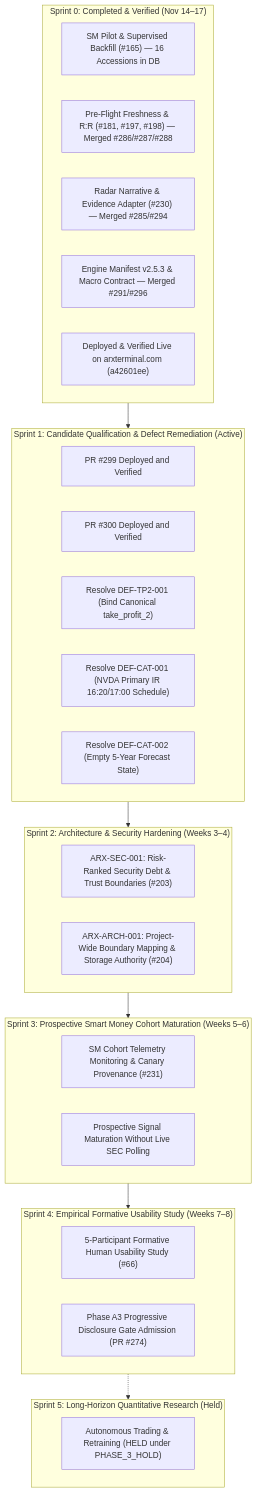
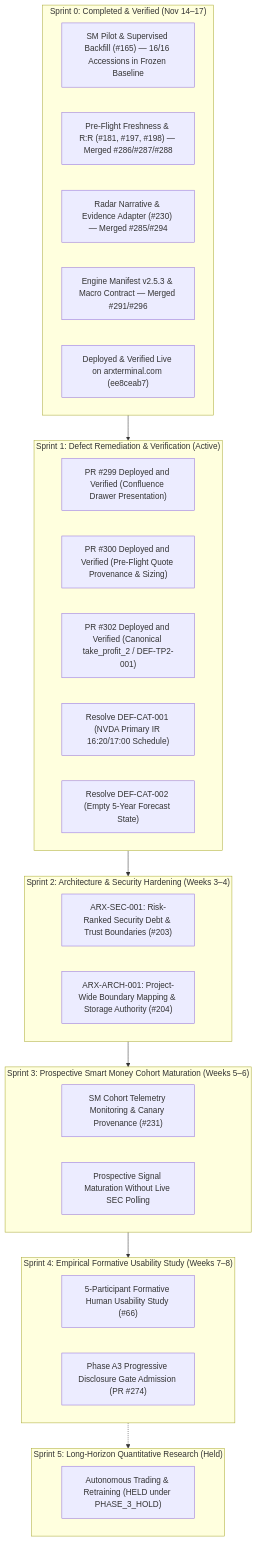
The diagram in docs/planning/ARX_CANONICAL_SPRINT_ROADMAP_2026_11_17.md (daakara/finance), drawn with Mermaid before and after one commit. The commit also changed other lines of this file and 17 other files, not shown here.

````diff
--- a/docs/planning/ARX_CANONICAL_SPRINT_ROADMAP_2026_11_17.md
+++ b/docs/planning/ARX_CANONICAL_SPRINT_ROADMAP_2026_11_17.md
@@ -78,39 +78,39 @@
 ```mermaid
 flowchart TD
     subgraph S0["Sprint 0: Completed & Verified (Nov 14–17)"]
-        S0_1["SM Pilot & Supervised Backfill (#165) — 16 Accessions in DB"]
+        S0_1["SM Pilot & Supervised Backfill (#165) — 16/16 Accessions in Frozen Baseline"]
         S0_2["Pre-Flight Freshness & R:R (#181, #197, #198) — Merged #286/#287/#288"]
         S0_3["Radar Narrative & Evidence Adapter (#230) — Merged #285/#294"]
         S0_4["Engine Manifest v2.5.3 & Macro Contract — Merged #291/#296"]
-        S0_5["Deployed & Verified Live on arxterminal.com (a42601ee)"]
+        S0_5["Deployed & Verified Live on arxterminal.com (ee8ceab7)"]
     end
 
-    subgraph S1["Sprint 1: Candidate Qualification & Defect Remediation (Active)"]
-        S1_1["PR #299 Deployed and Verified"]
-        S1_2["PR #300 Deployed and Verified"]
-        S1_3["Resolve DEF-TP2-001 (Bind Canonical take_profit_2)"]
+    subgraph S1["Sprint 1: Defect Remediation & Verification (Active)"]
+        S1_1["PR #299 Deployed and Verified (Confluence Drawer Presentation)"]
+        S1_2["PR #300 Deployed and Verified (Pre-Flight Quote Provenance & Sizing)"]
+        S1_3["PR #302 Deployed and Verified (Canonical take_profit_2 / DEF-TP2-001)"]
         S1_4["Resolve DEF-CAT-001 (NVDA Primary IR 16:20/17:00 Schedule)"]
         S1_5["Resolve DEF-CAT-002 (Empty 5-Year Forecast State)"]
     end
 
     subgraph S2["Sprint 2: Architecture & Security Hardening (Weeks 3–4)"]
         S2_1["ARX-SEC-001: Risk-Ranked Security Debt & Trust Boundaries (#203)"]
         S2_2["ARX-ARCH-001: Project-Wide Boundary Mapping & Storage Authority (#204)"]
     end
 
     subgraph S3["Sprint 3: Prospective Smart Money Cohort Maturation (Weeks 5–6)"]
         S3_1["SM Cohort Telemetry Monitoring & Canary Provenance (#231)"]
         S3_2["Prospective Signal Maturation Without Live SEC Polling"]
     end
 
     subgraph S4["Sprint 4: Empirical Formative Usability Study (Weeks 7–8)"]
         S4_1["5-Participant Formative Human Usability Study (#66)"]
         S4_2["Phase A3 Progressive Disclosure Gate Admission (PR #274)"]
     end
 
     subgraph S5["Sprint 5: Long-Horizon Quantitative Research (Held)"]
         S5_Hold["Autonomous Trading & Retraining (HELD under PHASE_3_HOLD)"]
     end
 
     S0 --> S1 --> S2 --> S3 --> S4 -.-> S5
 ```
````
